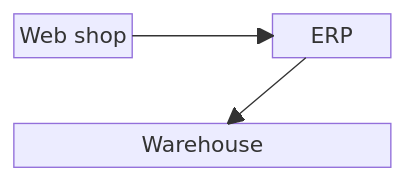
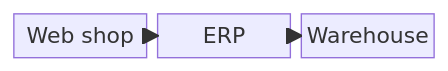
Before and after one commit to victorsaly/merlive: the diagram in corpus/kinds/block.mmd, drawn with Mermaid. The commit also changed 344 other files, not shown here.

First line of the commit message:
Fold in requirement, C4, architecture and block diagrams

```diff
--- a/corpus/kinds/block.mmd
+++ b/corpus/kinds/block.mmd
@@ -1,7 +1,5 @@
 block
   columns 3
-  web["Web shop"] space erp["ERP"]
-  space:3
-  wh["Warehouse"]:3
+  web["Web shop"] erp["ERP"] wh["Warehouse"]
   web --> erp
   erp --> wh
```
